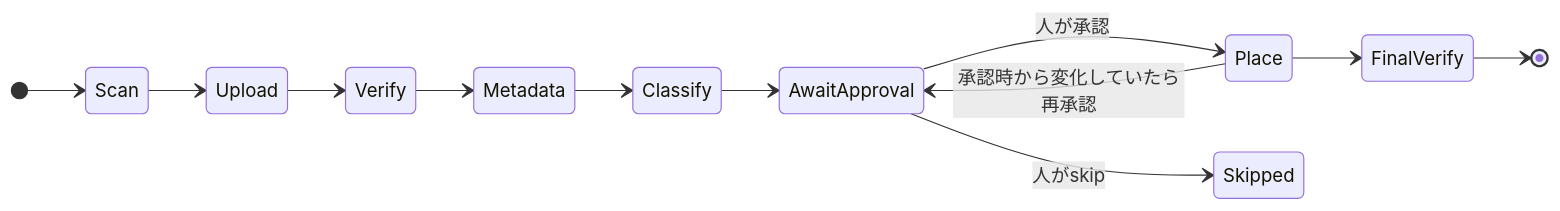
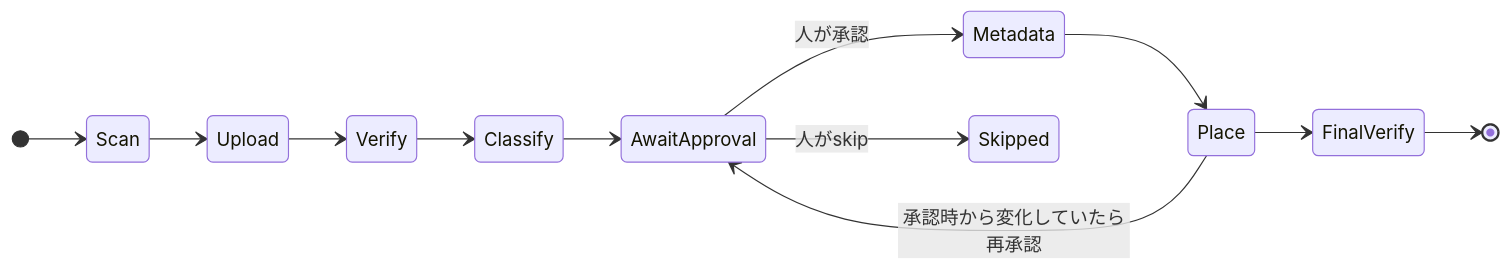
The fourth of 6 diagrams in README.md (moodblu3-sys/shuttle-lite), drawn with Mermaid before and after one commit. The commit also changed other lines of this file and 12 other files, not shown here.

````diff
--- a/README.md
+++ b/README.md
@@ -162,15 +188,15 @@
 ```mermaid
 stateDiagram-v2
   direction LR
   [*] --> Scan
   Scan --> Upload
   Upload --> Verify
-  Verify --> Metadata
-  Metadata --> Classify
+  Verify --> Classify
   Classify --> AwaitApproval
-  AwaitApproval --> Place: 人が承認
+  AwaitApproval --> Metadata: 人が承認
+  Metadata --> Place
   Place --> FinalVerify
   FinalVerify --> [*]
   AwaitApproval --> Skipped: 人がskip
   Place --> AwaitApproval: 承認時から変化していたら再承認
 ```
````
